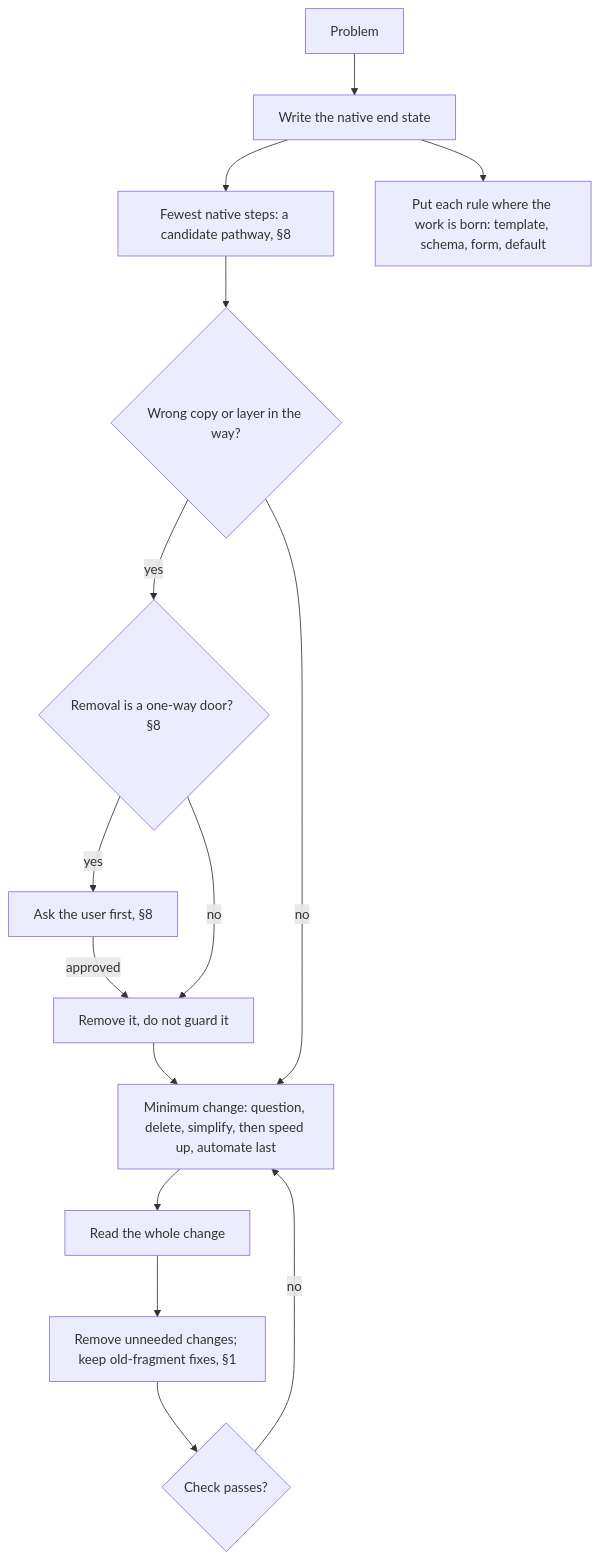
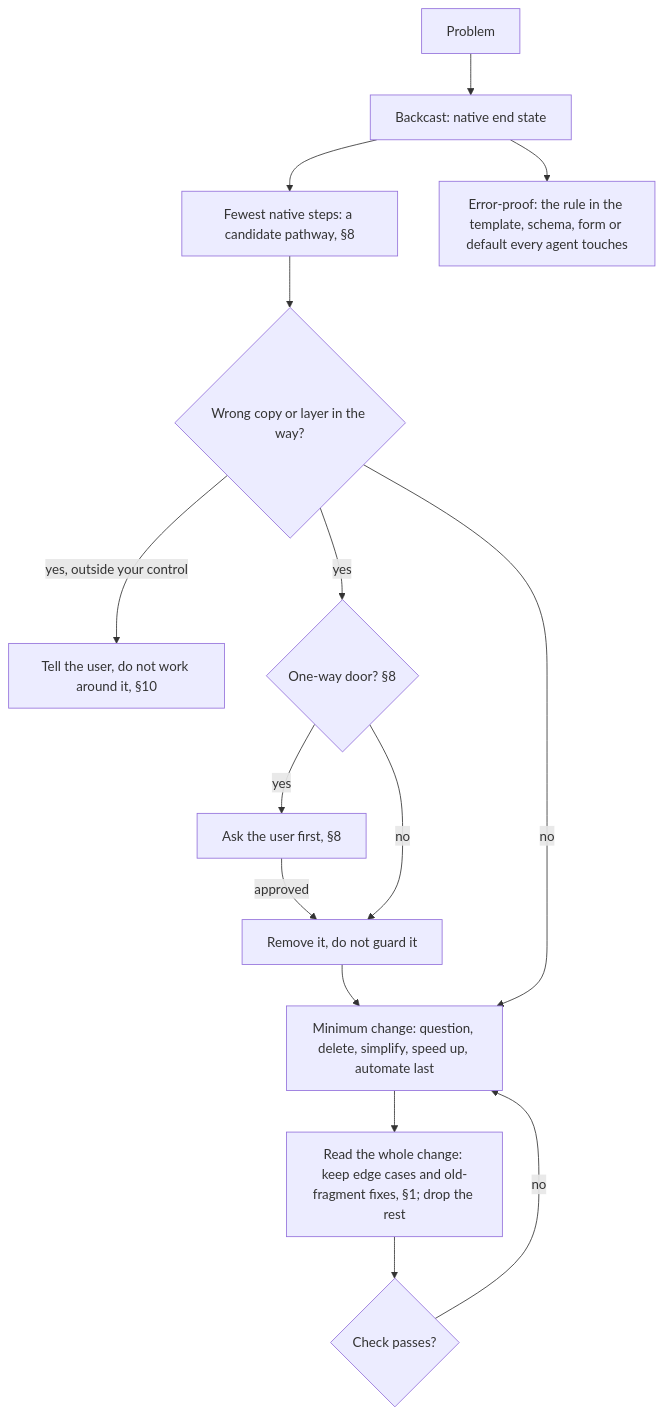
Before and after one commit to SolenixAI/arbiter: the tenth of 14 diagrams in AGENTS.md, drawn with Mermaid. The commit also changed other lines of this file, not shown here.

First line of the commit message:
docs(agents): section 9 backcasts, simplifies in order, fixes the cause, error-proofs (#21)

````diff
--- a/AGENTS.md
+++ b/AGENTS.md
@@ -398,11 +396,12 @@
 ```mermaid
 flowchart TD
-  P[Problem] --> E[Write the native end state] --> N[Fewest native steps: a candidate pathway, §8]
+  P[Problem] --> E["Backcast: native end state"] --> N["Fewest native steps: a candidate pathway, §8"]
+  E --> RB["Error-proof: the rule in the template, schema, form or default every agent touches"]
   N --> W{Wrong copy or layer in the way?}
-  W -->|yes| O{Removal is a one-way door? §8}
-  E --> RB[Put each rule where the work is born: template, schema, form, default]
-  O -->|yes| AS[Ask the user first, §8] -->|approved| X
-  O -->|no| X[Remove it, do not guard it] --> M
-  W -->|no| M[Minimum change: question, delete, simplify, then speed up, automate last] --> D[Read the whole change] --> R["Remove unneeded changes; keep old-fragment fixes, §1"] --> C{Check passes?}
+  W -->|yes, outside your control| TU["Tell the user, do not work around it, §10"]
+  W -->|yes| O{"One-way door? §8"}
+  O -->|yes| AS["Ask the user first, §8"] -->|approved| X
+  O -->|no| X["Remove it, do not guard it"] --> M
+  W -->|no| M["Minimum change: question, delete, simplify, speed up, automate last"] --> D["Read the whole change: keep edge cases and old-fragment fixes, §1; drop the rest"] --> C{Check passes?}
   C -->|no| M
 ```
````
